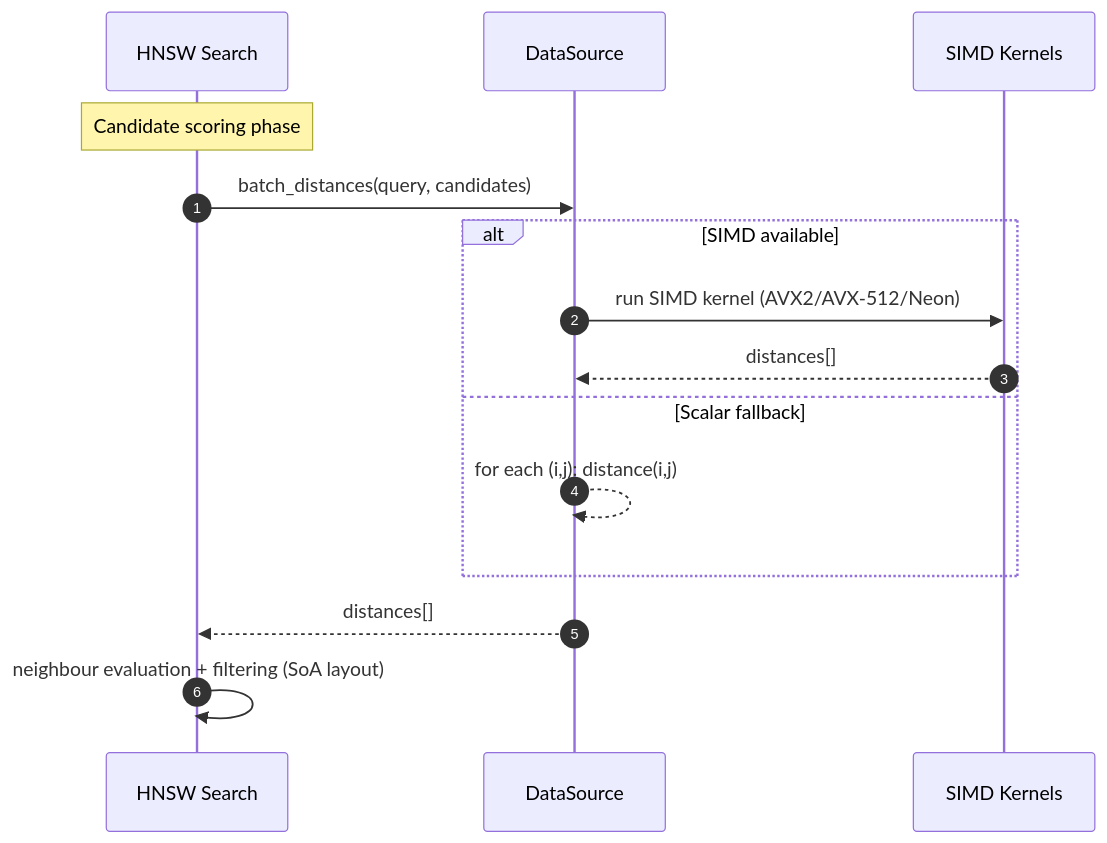
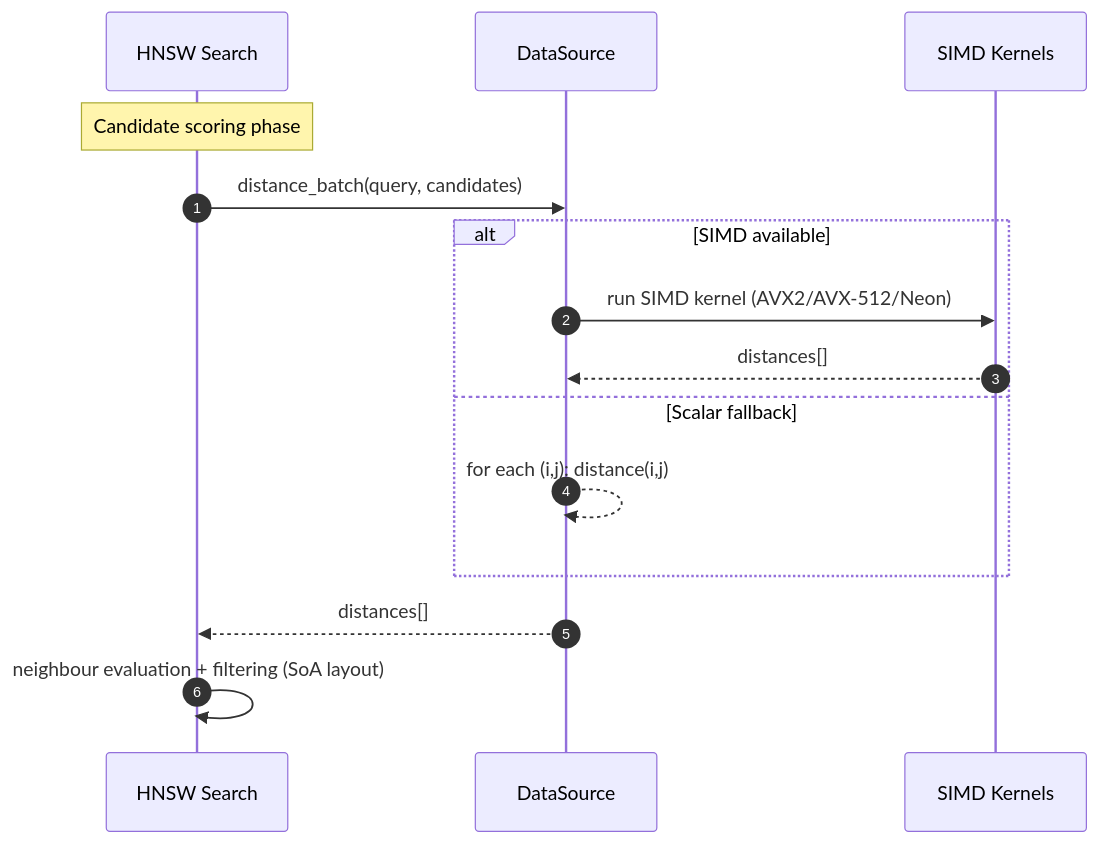
The first of 2 diagrams in docs/chutoro-design.md (leynos/chutoro), drawn with Mermaid before and after one commit. The commit also changed other lines of this file and 1 other file, not shown here.

First line of the commit message:
refactor(hnsw/tests): propagate errors in edge_harvest tests with Result

````diff
--- a/docs/chutoro-design.md
+++ b/docs/chutoro-design.md
@@ -941,20 +941,20 @@
 ```mermaid
 sequenceDiagram
   autonumber
   participant HNSW as HNSW Search
   participant DS as DataSource
   participant Kern as SIMD Kernels
 
   Note over HNSW: Candidate scoring phase
-  HNSW->>DS: batch_distances(query, candidates)
+  HNSW->>DS: distance_batch(query, candidates)
   alt SIMD available
     DS->>Kern: run SIMD kernel (AVX2/AVX-512/Neon)
     Kern-->>DS: distances[]
   else Scalar fallback
     DS-->>DS: for each (i,j): distance(i,j)
   end
   DS-->>HNSW: distances[]
   HNSW->>HNSW: neighbour evaluation + filtering (SoA layout)
   %% Note: CPUID/feature detection and function-pointer dispatch occur once during
   %% initialization; kernel call-sites remain branch-free.
 ```
````
